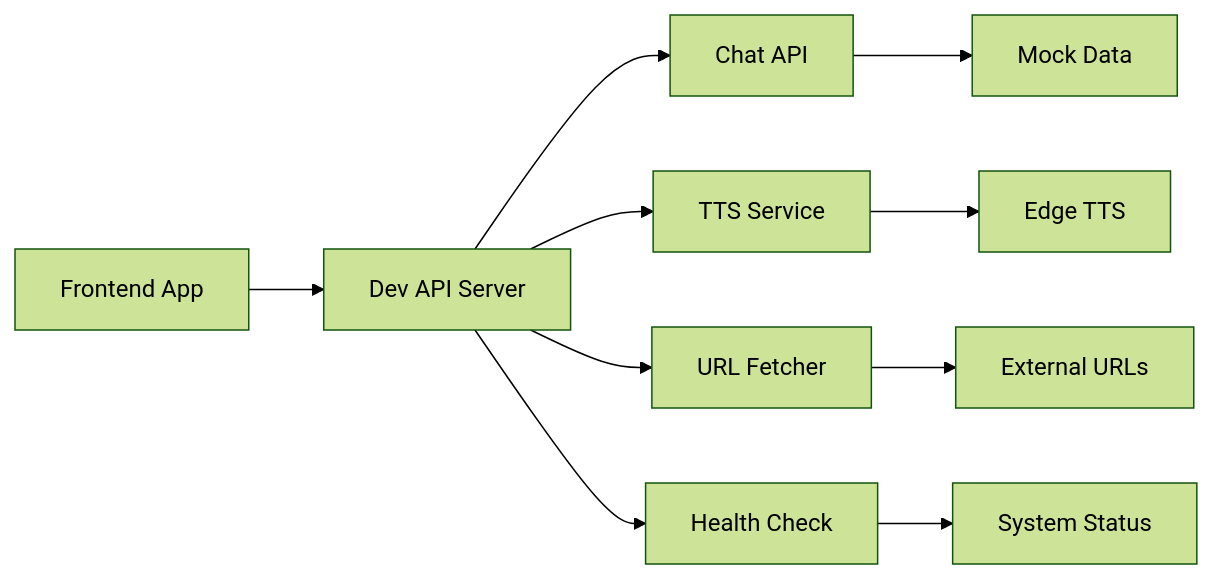
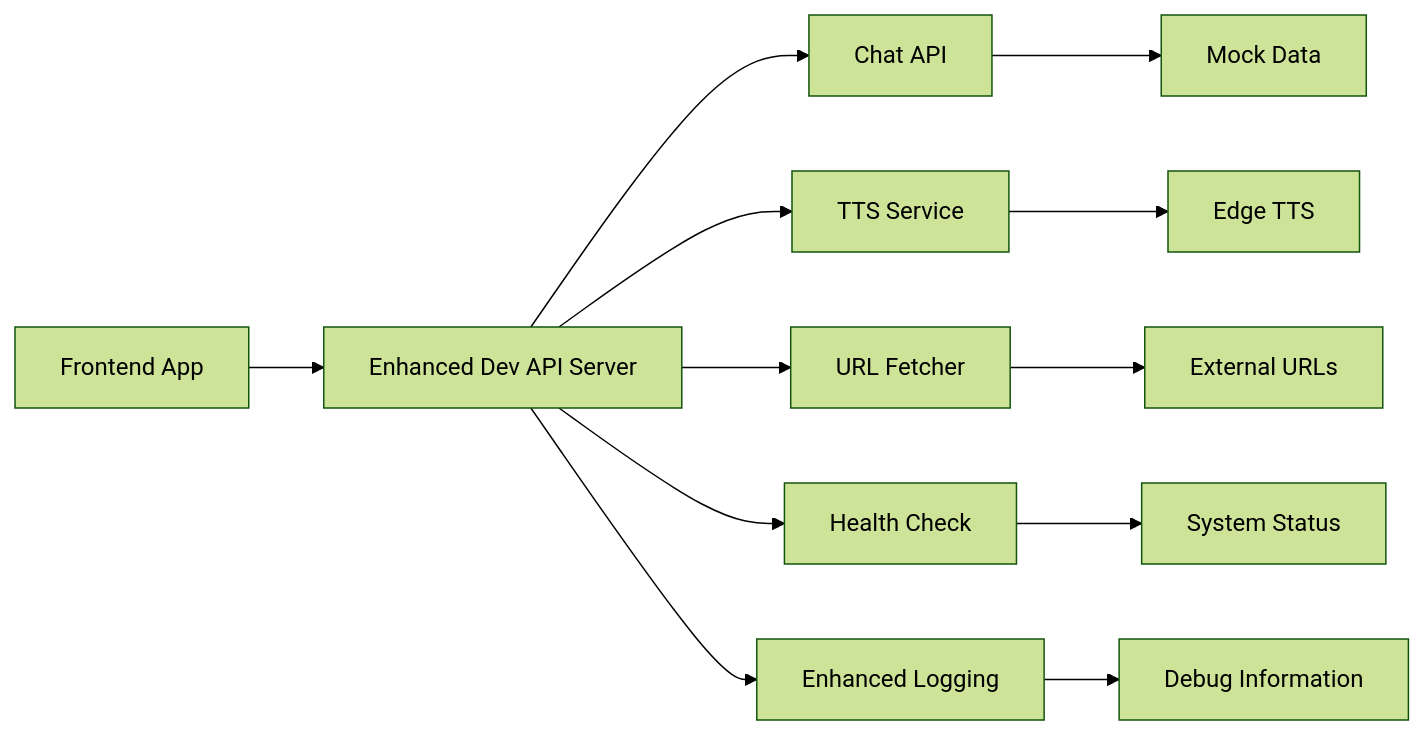
The fourth of 10 diagrams in .qoder/repowiki/en/content/Development Guide/Development Guide.md (zmyeo54/briefroom), drawn with Mermaid (forest theme) before and after one commit. The commit also changed other lines of this file and 13 other files, not shown here.

````diff
--- a/.qoder/repowiki/en/content/Development Guide/Development Guide.md
+++ b/.qoder/repowiki/en/content/Development Guide/Development Guide.md
@@ -237,12 +250,14 @@
 ```mermaid
 graph LR
-A[Frontend App] --> B[Dev API Server]
+A[Frontend App] --> B[Enhanced Dev API Server]
 B --> C[Chat API]
 B --> D[TTS Service]
 B --> E[URL Fetcher]
 B --> F[Health Check]
-C --> G[Mock Data]
-D --> H[Edge TTS]
-E --> I[External URLs]
-F --> J[System Status]
+B --> G[Enhanced Logging]
+C --> H[Mock Data]
+D --> I[Edge TTS]
+E --> J[External URLs]
+F --> K[System Status]
+G --> L[Debug Information]
 ```
````
